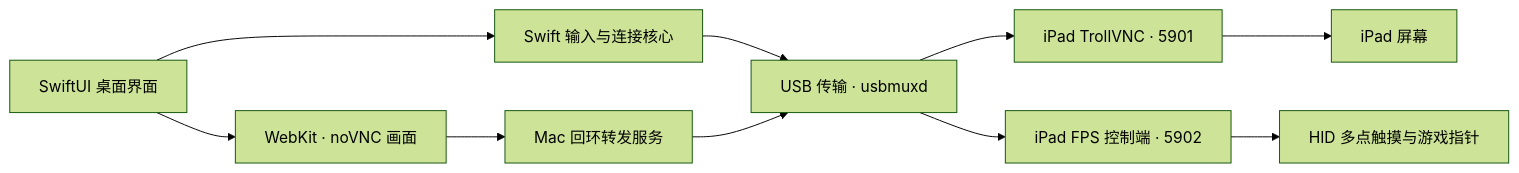
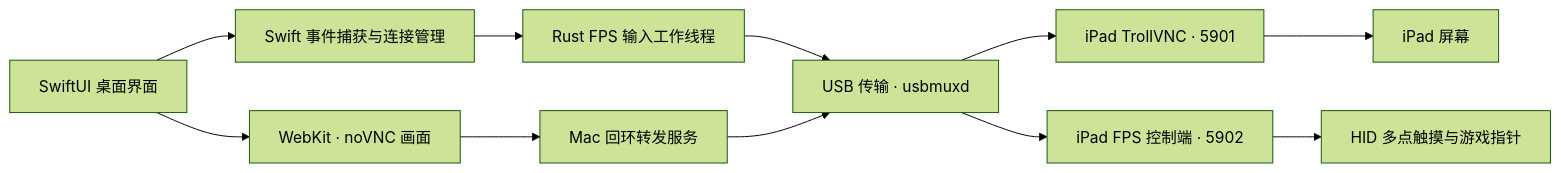
One commit to listensay/iControl changed the diagram in README.zh-CN.md. Above: the diagram before and after it, drawn with Mermaid (forest theme). The commit also changed other lines of this file and 32 other files, not shown here.

Commit message:
Move FPS input processing to Rust for iControl 1.4.11

````diff
--- a/README.zh-CN.md
+++ b/README.zh-CN.md
@@ -49,12 +49,13 @@
 ```mermaid
 flowchart LR
-    UI[SwiftUI 桌面界面] --> Core[Swift 输入与连接核心]
+    UI[SwiftUI 桌面界面] --> Core[Swift 事件捕获与连接管理]
     UI --> Web[WebKit · noVNC 画面]
-    Core --> USB[USB 传输 · usbmuxd]
+    Core --> Input[Rust FPS 输入工作线程]
+    Input --> USB[USB 传输 · usbmuxd]
     Web --> Local[Mac 回环转发服务]
     Local --> USB
     USB --> VNC[iPad TrollVNC · 5901]
     USB --> FPS[iPad FPS 控制端 · 5902]
     VNC --> Screen[iPad 屏幕]
     FPS --> HID[HID 多点触摸与游戏指针]
 ```
````
